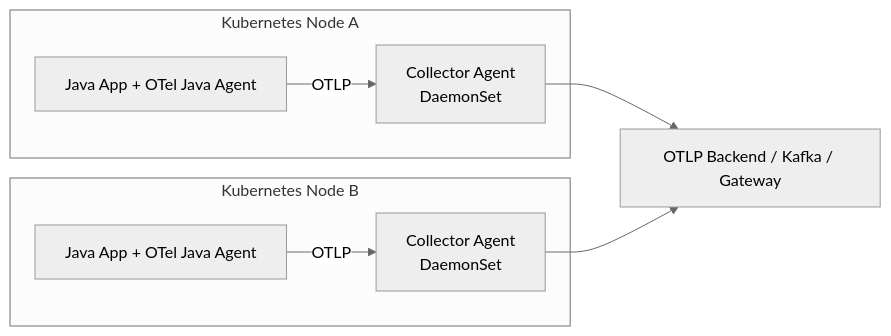
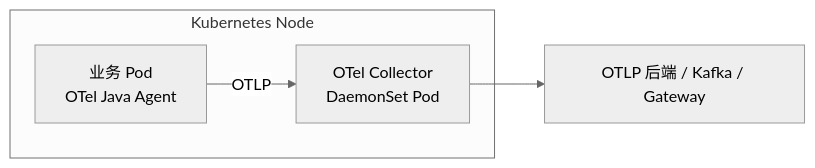
Before and after one commit to XiaoWeiKIN/Observability-Fieldnotes: the second of 6 diagrams in docs/comparisons/datadog-agent-vs-otel-collector-daemonset.md, drawn with Mermaid (neutral theme). The commit also changed other lines of this file, not shown here.

Commit message:
docs(comparisons): rewrite Datadog and OTel Collector deployment comparison for readers

````diff
--- a/docs/comparisons/datadog-agent-vs-otel-collector-daemonset.md
+++ b/docs/comparisons/datadog-agent-vs-otel-collector-daemonset.md
@@ -56,11 +37,7 @@
-```mermaid
+~~~mermaid
 flowchart LR
-    subgraph N1["Kubernetes Node A"]
-        O1["Java App + OTel Java Agent"] -->|"OTLP"| C1["Collector Agent<br/>DaemonSet"]
+    subgraph N["Kubernetes Node"]
+        J["业务 Pod<br/>OTel Java Agent"] -->|"OTLP"| A["OTel Collector<br/>DaemonSet Pod"]
     end
-    subgraph N2["Kubernetes Node B"]
-        O2["Java App + OTel Java Agent"] -->|"OTLP"| C2["Collector Agent<br/>DaemonSet"]
-    end
-    C1 --> B["OTLP Backend / Kafka / Gateway"]
-    C2 --> B
-```
+    A --> E["OTLP 后端 / Kafka / Gateway"]
+~~~
````
